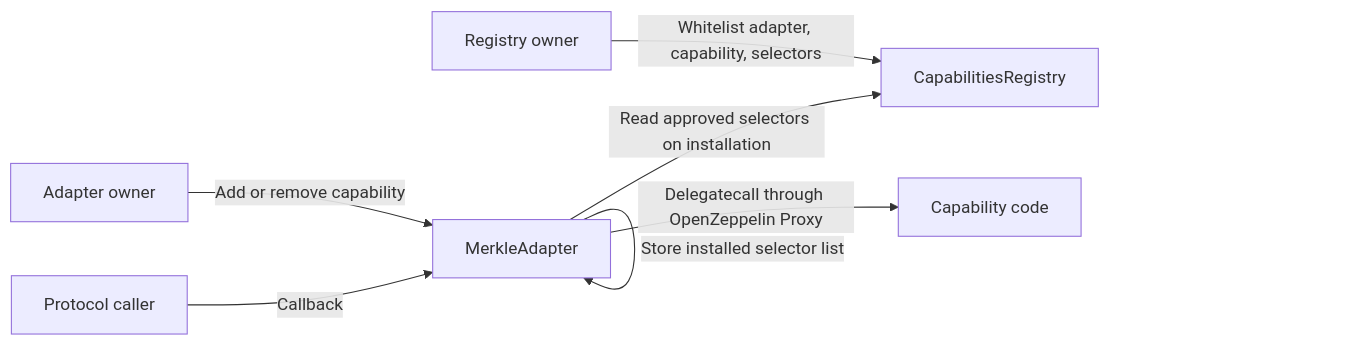
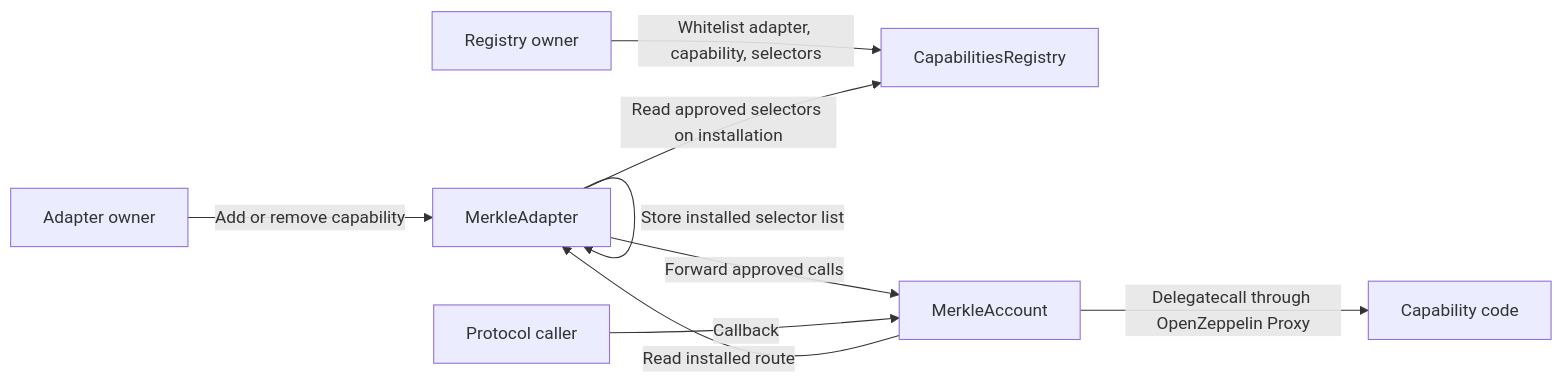
Before and after one commit to symbioticfi/adapters: the diagram in docs/capability-governance.md, drawn with Mermaid. The commit also changed other lines of this file and 70 other files, not shown here.

````diff
--- a/docs/capability-governance.md
+++ b/docs/capability-governance.md
@@ -3,9 +3,11 @@
 ```mermaid
 flowchart LR
   S[Registry owner] -->|Whitelist adapter, capability, selectors| R[CapabilitiesRegistry]
   C[Adapter owner] -->|Add or remove capability| A[MerkleAdapter]
   A -->|Read approved selectors on installation| R
   A -->|Store installed selector list| A
-  X[Protocol caller] -->|Callback| A
-  A -->|Delegatecall through OpenZeppelin Proxy| I[Capability code]
+  A -->|Forward approved calls| M[MerkleAccount]
+  X[Protocol caller] -->|Callback| M
+  M -->|Read installed route| A
+  M -->|Delegatecall through OpenZeppelin Proxy| I[Capability code]
 ```
````
